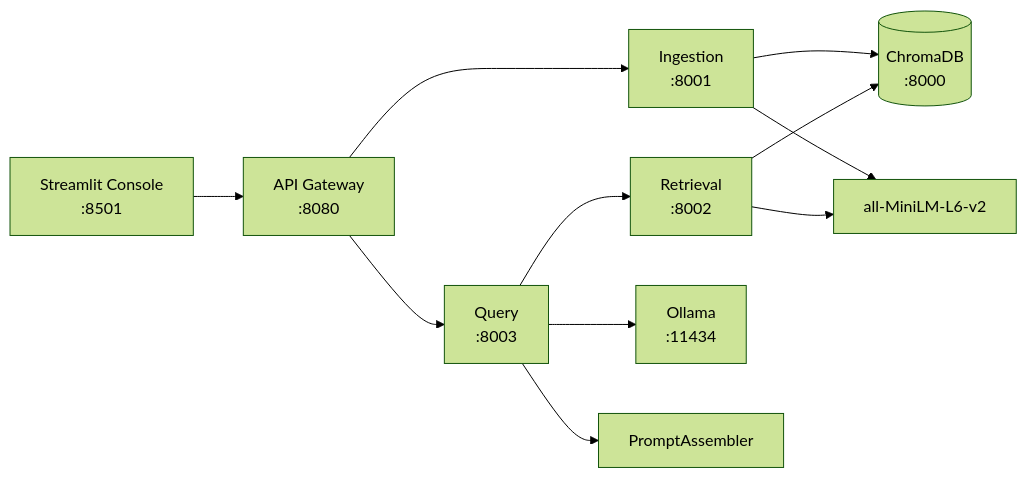
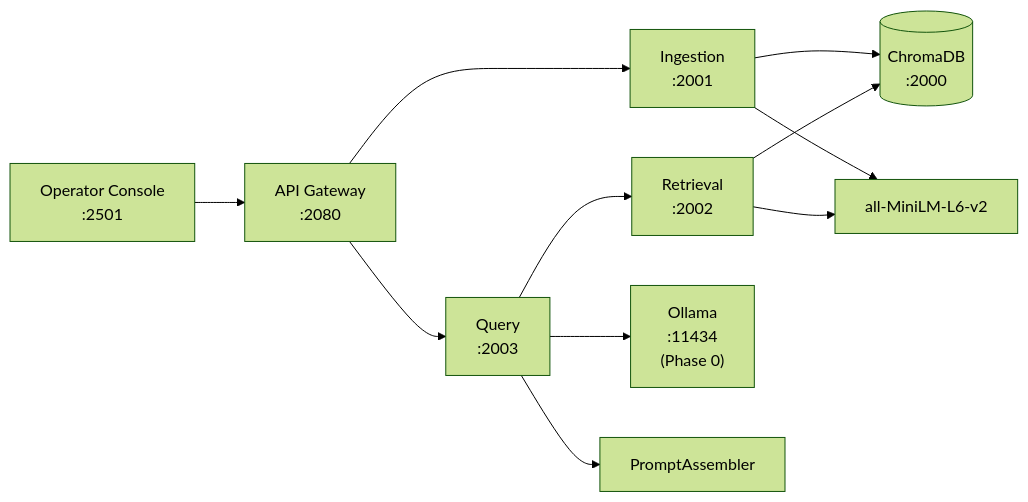
The diagram in README.md (adityonugrohoid/rag-operator-console), drawn with Mermaid (forest theme) before and after one commit. The commit also changed other lines of this file and 17 other files, not shown here.

````diff
--- a/README.md
+++ b/README.md
@@ -14,13 +17,13 @@
 ```mermaid
 graph LR
-    Console[Streamlit Console<br/>:8501] --> GW[API Gateway<br/>:8080]
-    GW --> Ingest[Ingestion<br/>:8001]
-    GW --> Query[Query<br/>:8003]
-    Query --> Retrieval[Retrieval<br/>:8002]
-    Ingest --> Chroma[(ChromaDB<br/>:8000)]
+    Console["Operator Console<br/>:2501"] --> GW["API Gateway<br/>:2080"]
+    GW --> Ingest["Ingestion<br/>:2001"]
+    GW --> Query["Query<br/>:2003"]
+    Query --> Retrieval["Retrieval<br/>:2002"]
+    Ingest --> Chroma[("ChromaDB<br/>:2000")]
     Retrieval --> Chroma
-    Ingest --> Embedder[all-MiniLM-L6-v2]
+    Ingest --> Embedder["all-MiniLM-L6-v2"]
     Retrieval --> Embedder
-    Query --> Ollama[Ollama<br/>:11434]
-    Query --> Assembler[PromptAssembler]
+    Query --> Ollama["Ollama<br/>:11434<br/>(Phase 0)"]
+    Query --> Assembler["PromptAssembler"]
 ```
````
